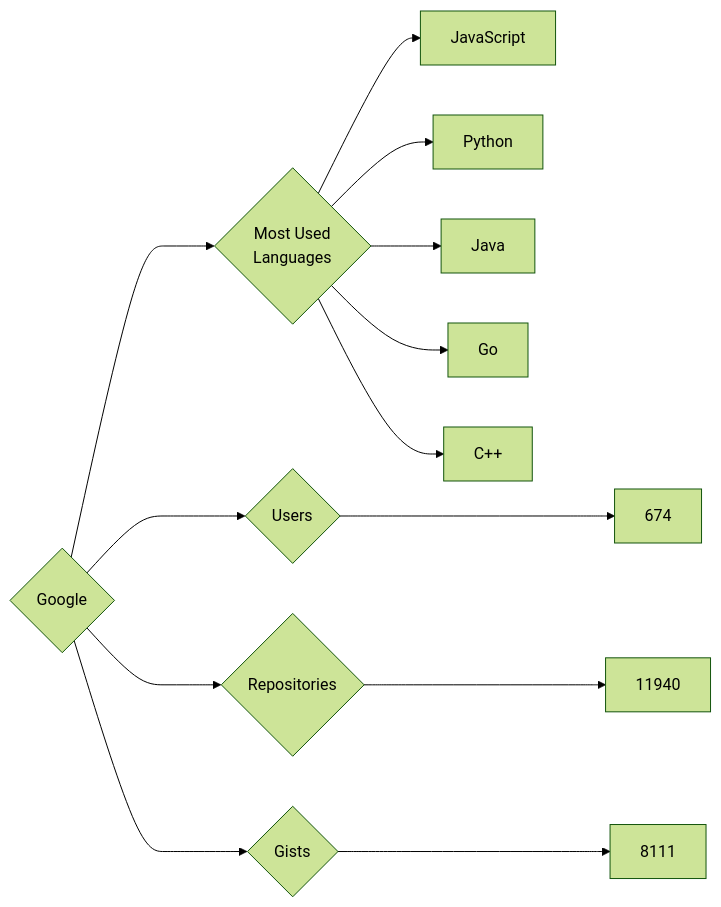
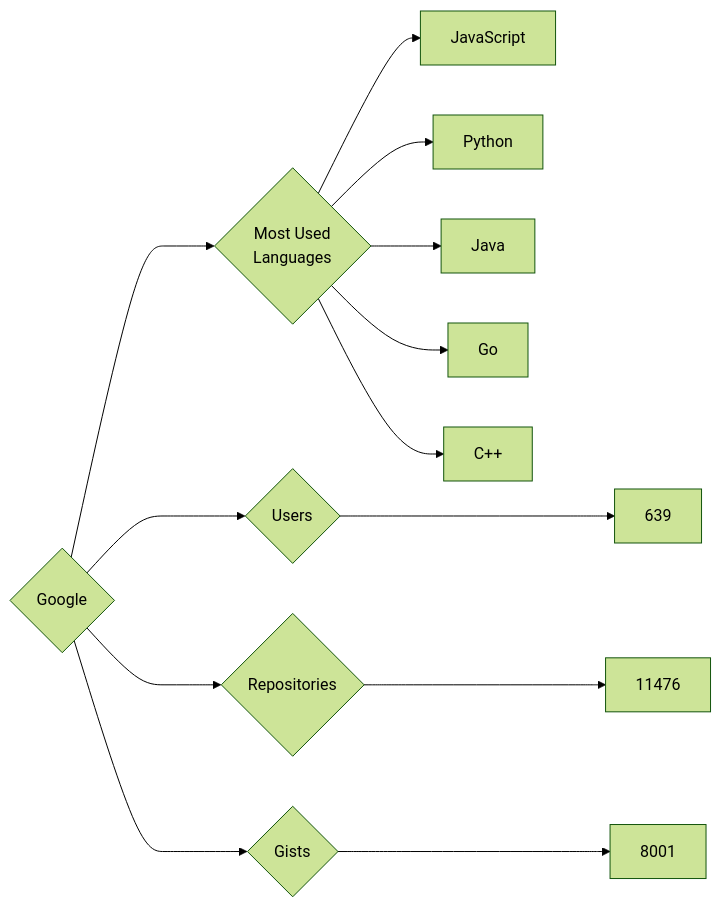
Before and after one commit to trickest/insiders: the diagram in targets/Google/README.md, drawn with Mermaid (forest theme). The commit also changed 682 other files, not shown here.

````diff
--- a/targets/Google/README.md
+++ b/targets/Google/README.md
@@ -3,13 +3,13 @@
 ```mermaid
 graph LR
 COMPANY_NAME{Google}
-COMPANY_NAME ---> U{Users} ---> UN[674]
-COMPANY_NAME ---> R{Repositories} ---> RN[11940]
-COMPANY_NAME ---> G{Gists} ---> GN[8111]
+COMPANY_NAME ---> U{Users} ---> UN[639]
+COMPANY_NAME ---> R{Repositories} ---> RN[11476]
+COMPANY_NAME ---> G{Gists} ---> GN[8001]
 COMPANY_NAME ---> ML{Most Used<br>Languages}
 ML --> JavaScript[JavaScript]
 ML --> Python[Python]
 ML --> Java[Java]
 ML --> Go[Go]
 ML --> C++[C++]
 ```
````
